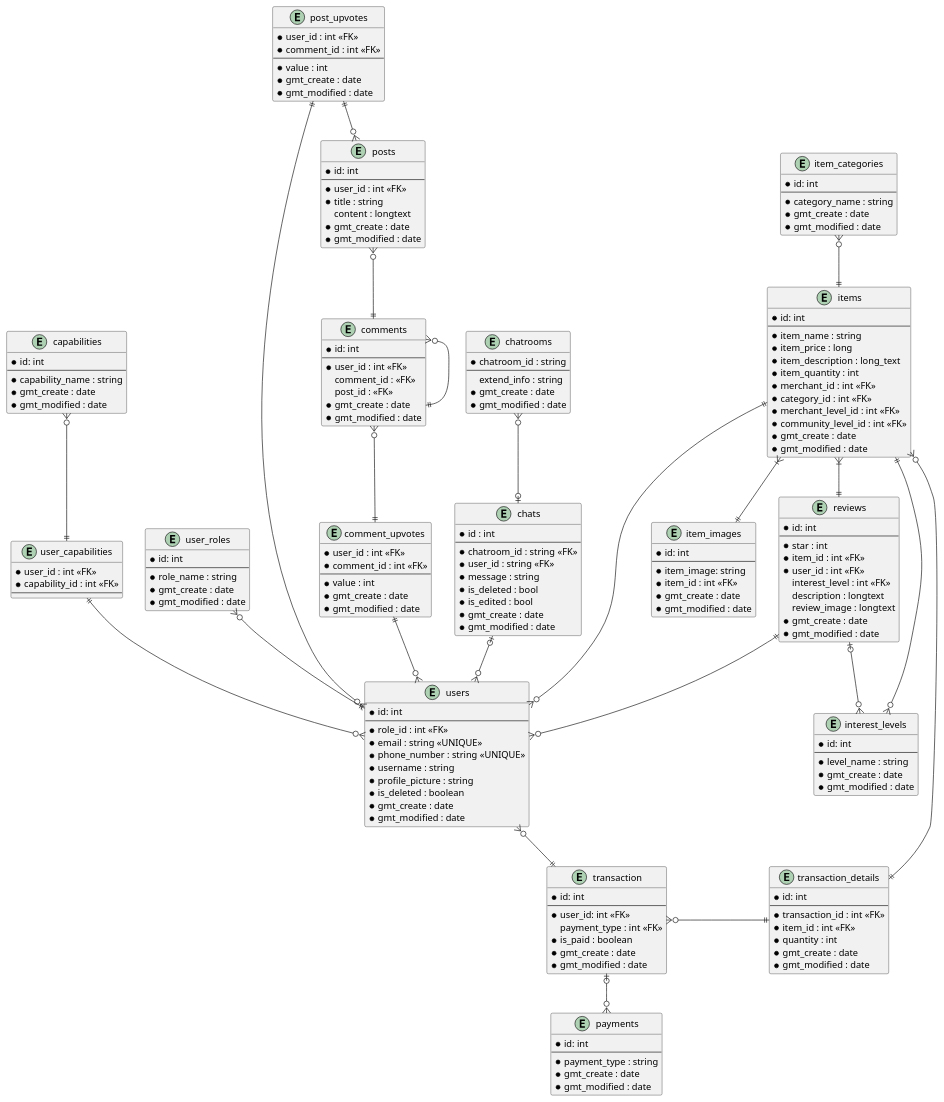
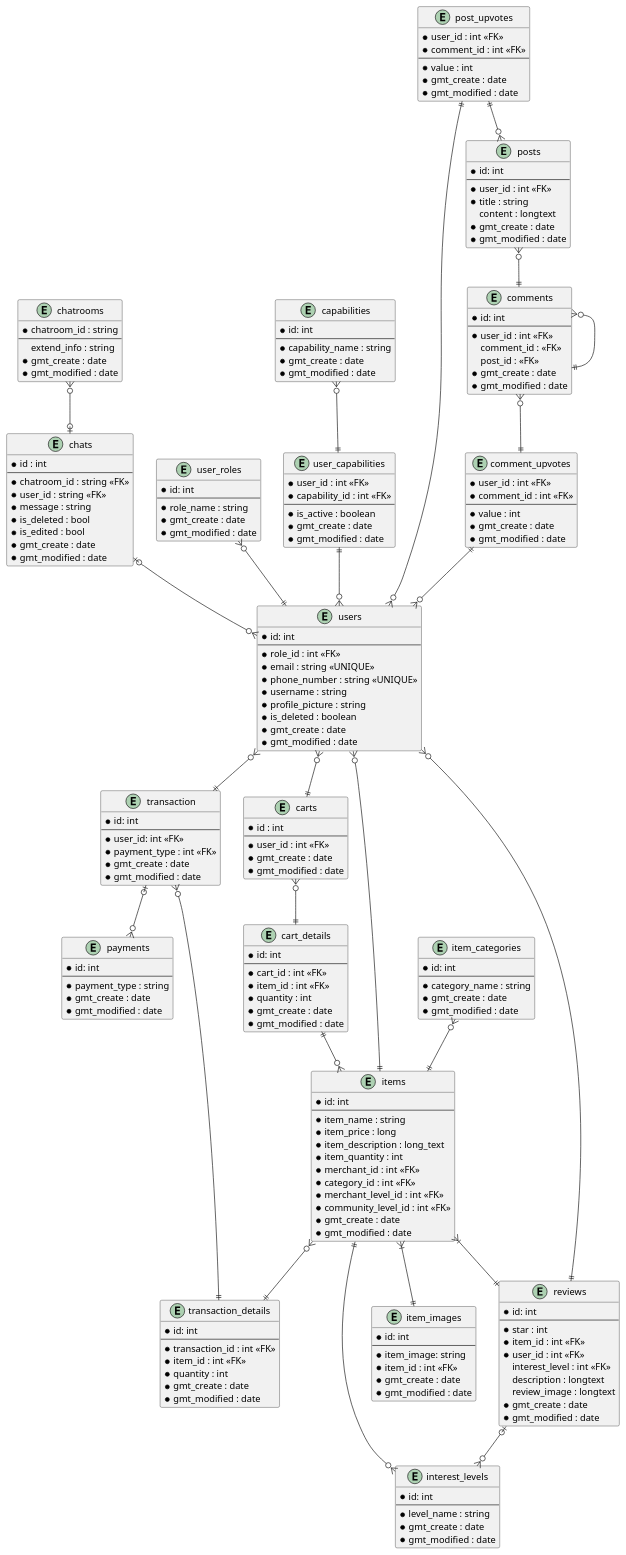
Before and after one commit to aldihsuhandi/skripsi-2023: the diagram in uml/ERD.pu, drawn with PlantUML. The commit also changed 1 other file, not shown here.

```diff
--- a/uml/ERD.pu
+++ b/uml/ERD.pu
@@ -62,6 +62,9 @@
     * user_id : int <<FK>>
     * capability_id : int <<FK>>
     --
+    * is_active : boolean
+    * gmt_create : date
+    * gmt_modified : date
 }
 
 entity payments {
@@ -126,8 +129,7 @@
     * id: int
     --
     * user_id: int <<FK>>
-    payment_type : int <<FK>>
-    * is_paid : boolean
+    * payment_type : int <<FK>>
     * gmt_create : date
     * gmt_modified : date
 }
@@ -136,6 +138,24 @@
     * id: int
     --
     * transaction_id : int <<FK>>
+    * item_id : int <<FK>>
+    * quantity : int
+    * gmt_create : date
+    * gmt_modified : date
+}
+
+entity carts {
+    * id : int
+    --
+    * user_id : int <<FK>>
+    * gmt_create : date
+    * gmt_modified : date
+}
+
+entity cart_details {
+    * id: int
+    --
+    * cart_id : int <<FK>>
     * item_id : int <<FK>>
     * quantity : int
     * gmt_create : date
@@ -191,16 +211,19 @@
 
 transaction |o--o{ payments
 users }o--|| transaction
-transaction }o-|| transaction_details
+transaction }o--|| transaction_details
 items }o--|| transaction_details
+
+' carts
+users }o--|| carts
+carts }o--|| cart_details
+cart_details ||--o{ items
 
 items }|--|| item_images
 items }|--|| reviews
 reviews |o--o{ interest_levels
 items ||--o{ users
 reviews ||--o{ users
-' users }o--|| items
-' users }o--|| reviews
 
 ' for discussion purposes
 comments }o--|| comment_upvotes
```
